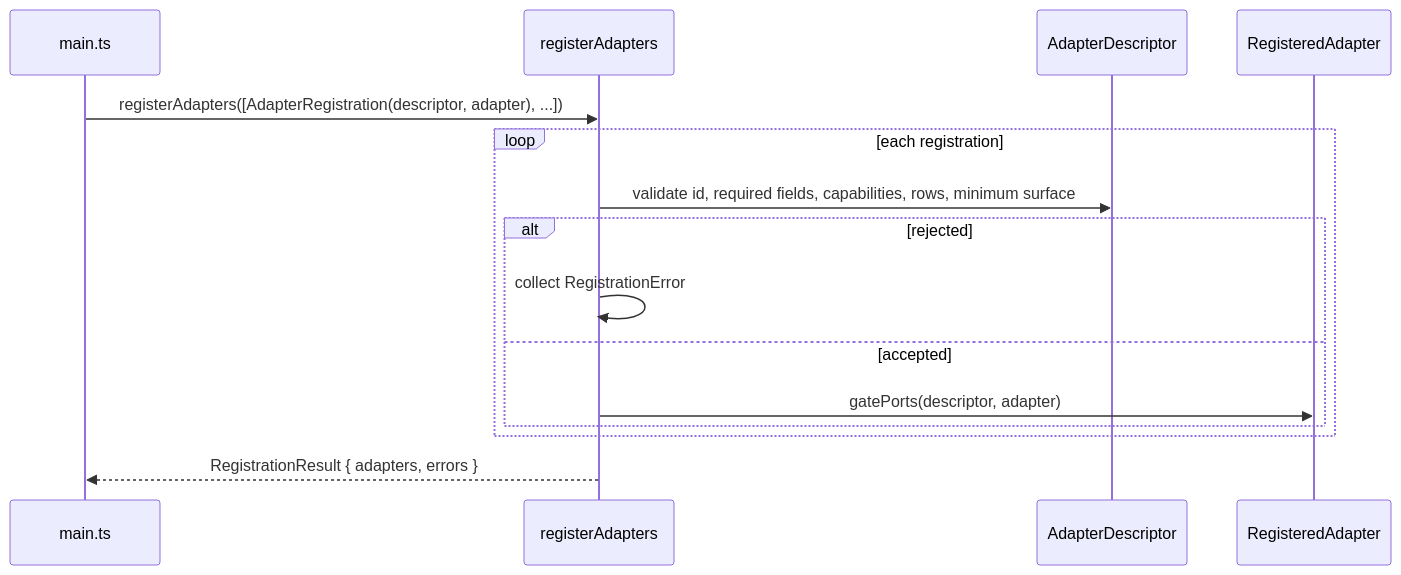
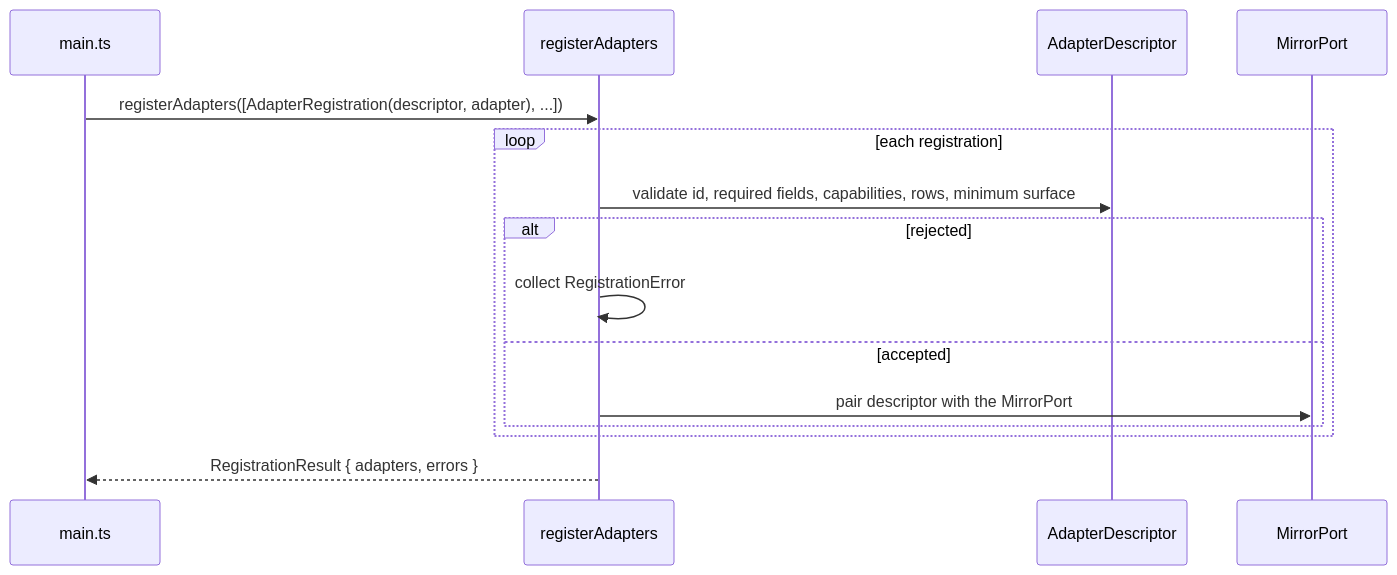
Diagram 13 of 18 in docs/developer-manual.md (99linesofcode/obsidian-project-management), drawn with Mermaid before and after one commit. The commit also changed other lines of this file and 89 other files, not shown here.

First line of the commit message:
refactor(mirror): collapse the mirror ports into one MirrorPort

````diff
--- a/docs/developer-manual.md
+++ b/docs/developer-manual.md
@@ -651,18 +655,18 @@
 ```mermaid
 sequenceDiagram
   participant M as main.ts
   participant RA as registerAdapters
   participant D as AdapterDescriptor
-  participant R as RegisteredAdapter
+  participant R as MirrorPort
 
   M->>RA: registerAdapters([AdapterRegistration(descriptor, adapter), ...])
   loop each registration
     RA->>D: validate id, required fields, capabilities, rows, minimum surface
     alt rejected
       RA->>RA: collect RegistrationError
     else accepted
-      RA->>R: gatePorts(descriptor, adapter)
+      RA->>R: pair descriptor with the MirrorPort
     end
   end
   RA-->>M: RegistrationResult { adapters, errors }
 ```
````
